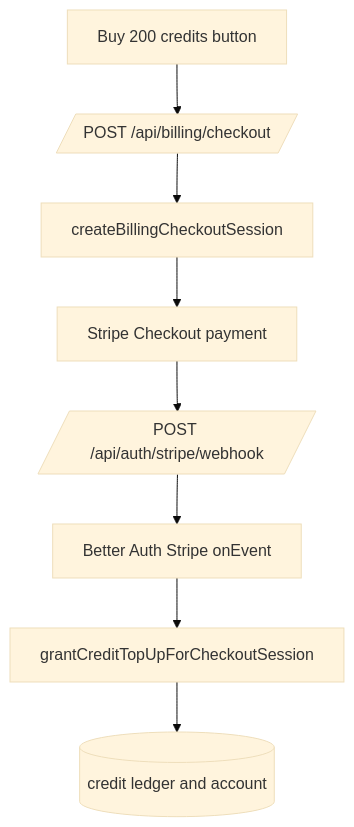
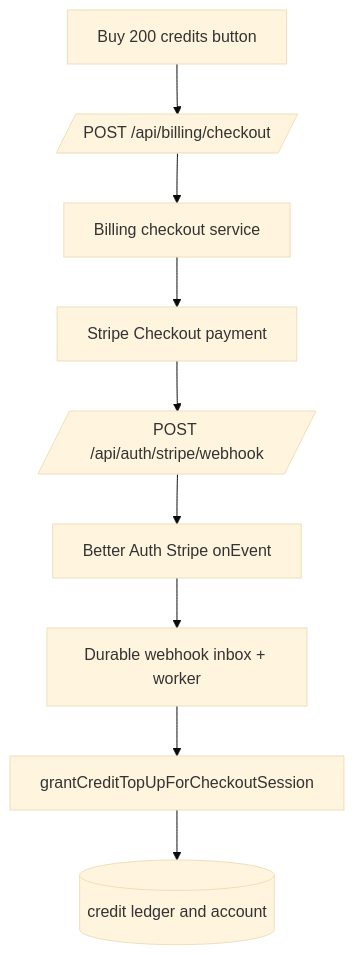
One commit to shivamrun/mirage changed the second of 2 diagrams in docs/adapters/billing.md. Above: the diagram before and after it, drawn with Mermaid (base theme). The commit also changed other lines of this file and 56 other files, not shown here.

First line of the commit message:
feat(billing): harden Stripe billing lifecycle

````diff
--- a/docs/adapters/billing.md
+++ b/docs/adapters/billing.md
@@ -40,13 +39,14 @@
 ```mermaid
 flowchart TD
   topupButton[Buy 200 credits button]
   api[/POST /api/billing/checkout/]
-  customCheckout[createBillingCheckoutSession]
+  customCheckout[Billing checkout service]
   stripePayment[Stripe Checkout payment]
   webhook[/POST /api/auth/stripe/webhook/]
   onEvent[Better Auth Stripe onEvent]
+  inbox[Durable webhook inbox + worker]
   grant[grantCreditTopUpForCheckoutSession]
   ledger[(credit ledger and account)]
 
-  topupButton --> api --> customCheckout --> stripePayment --> webhook --> onEvent --> grant --> ledger
+  topupButton --> api --> customCheckout --> stripePayment --> webhook --> onEvent --> inbox --> grant --> ledger
 ```
````
